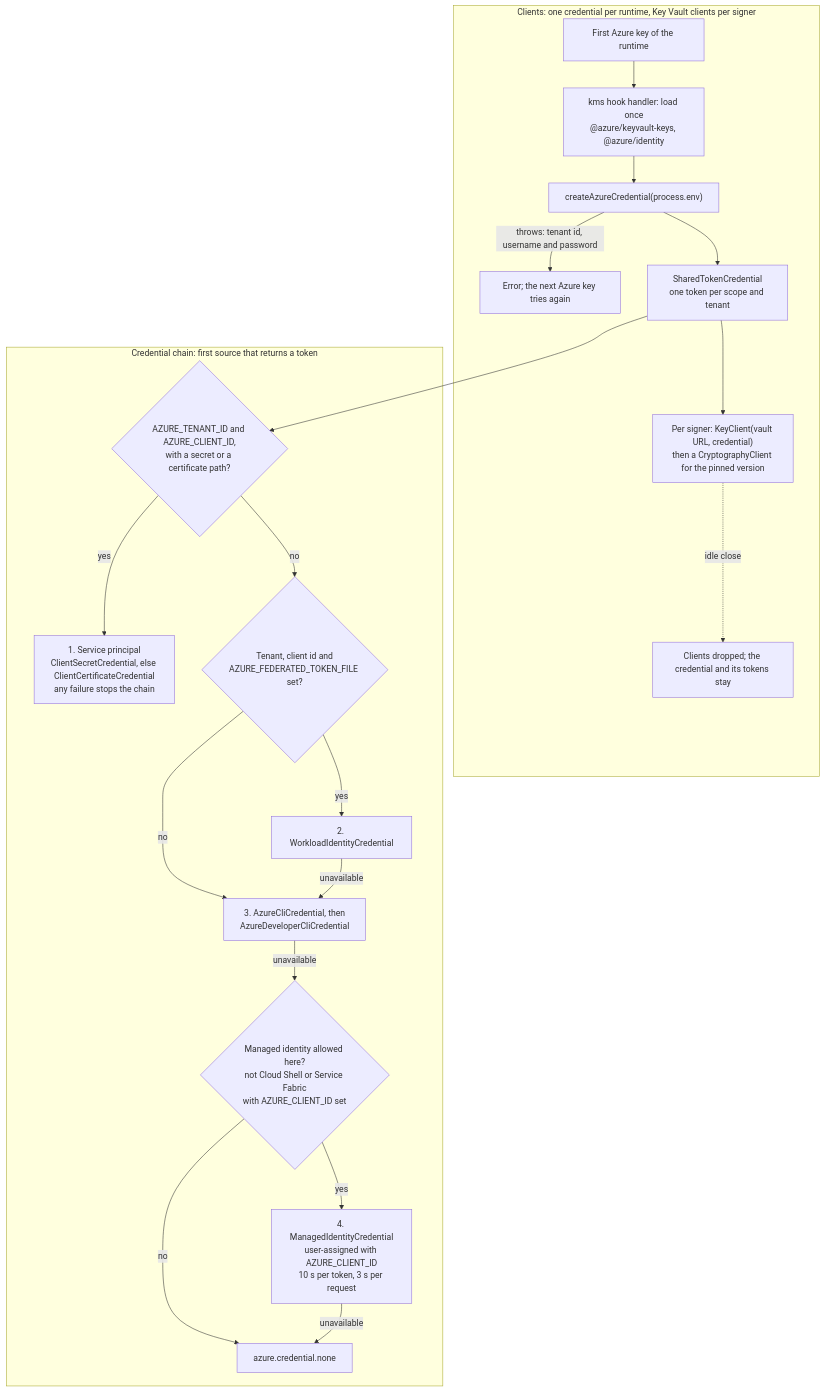
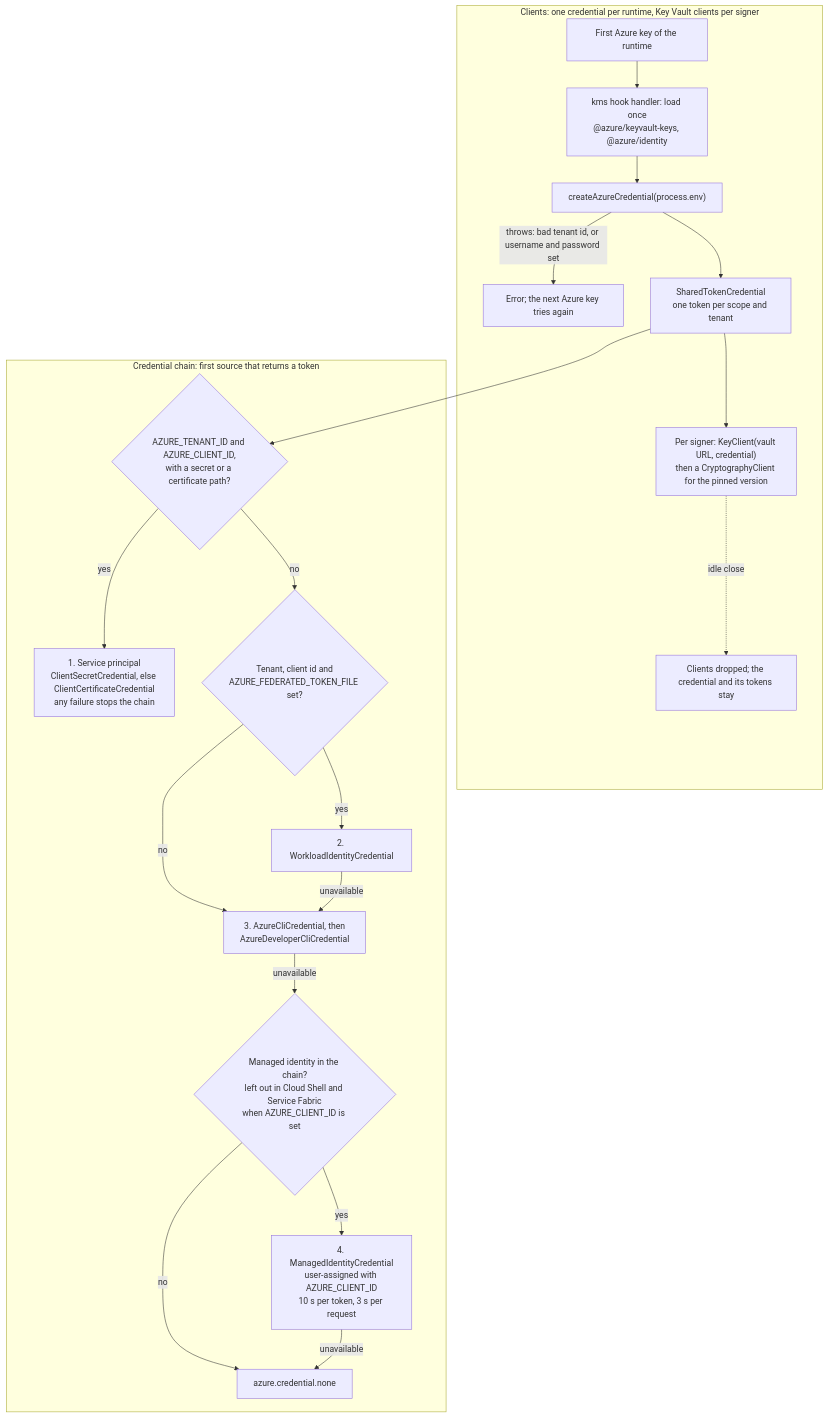
The seventh of 7 diagrams in docs/contributor/architecture.md (aelmanaa/hardhat-kms), drawn with Mermaid before and after one commit. The commit also changed other lines of this file and 2 other files, not shown here.

````diff
--- a/docs/contributor/architecture.md
+++ b/docs/contributor/architecture.md
@@ -412,24 +415,24 @@
 ```mermaid
 flowchart TD
   subgraph build["Clients: one credential per runtime, Key Vault clients per signer"]
     first["First Azure key of the runtime"] --> load["kms hook handler: load once<br/>@azure/keyvault-keys, @azure/identity"]
     load --> chainBuilt["createAzureCredential(process.env)"]
-    chainBuilt -->|"throws: tenant id, username and password"| reset["Error; the next Azure key tries again"]
+    chainBuilt -->|"throws: bad tenant id, or username and password set"| reset["Error; the next Azure key tries again"]
     chainBuilt --> shared["SharedTokenCredential<br/>one token per scope and tenant"]
     shared --> keyClient["Per signer: KeyClient(vault URL, credential)<br/>then a CryptographyClient for the pinned version"]
     keyClient -.->|idle close| dropped["Clients dropped; the credential and its tokens stay"]
   end
   shared --> sp
   subgraph chain["Credential chain: first source that returns a token"]
     sp{"AZURE_TENANT_ID and AZURE_CLIENT_ID,<br/>with a secret or a certificate path?"}
     sp -->|yes| one["1. Service principal<br/>ClientSecretCredential, else ClientCertificateCredential<br/>any failure stops the chain"]
     sp -->|no| wi{"Tenant, client id and<br/>AZURE_FEDERATED_TOKEN_FILE set?"}
     wi -->|yes| two["2. WorkloadIdentityCredential"]
     wi -->|no| cli["3. AzureCliCredential, then<br/>AzureDeveloperCliCredential"]
     two -->|unavailable| cli
-    cli -->|unavailable| mi{"Managed identity allowed here?<br/>not Cloud Shell or Service Fabric<br/>with AZURE_CLIENT_ID set"}
+    cli -->|unavailable| mi{"Managed identity in the chain?<br/>left out in Cloud Shell and Service Fabric<br/>when AZURE_CLIENT_ID is set"}
     mi -->|yes| four["4. ManagedIdentityCredential<br/>user-assigned with AZURE_CLIENT_ID<br/>10 s per token, 3 s per request"]
     mi -->|no| none["azure.credential.none"]
     four -->|unavailable| none
   end
 ```
````
